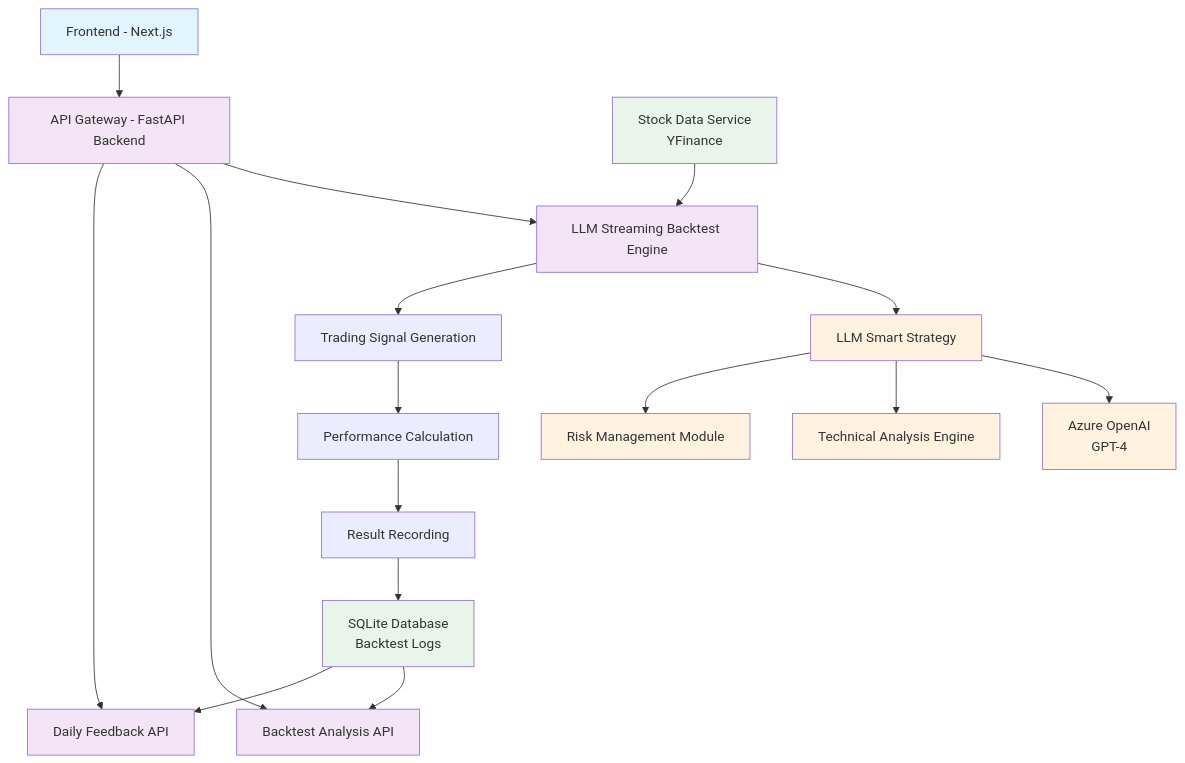
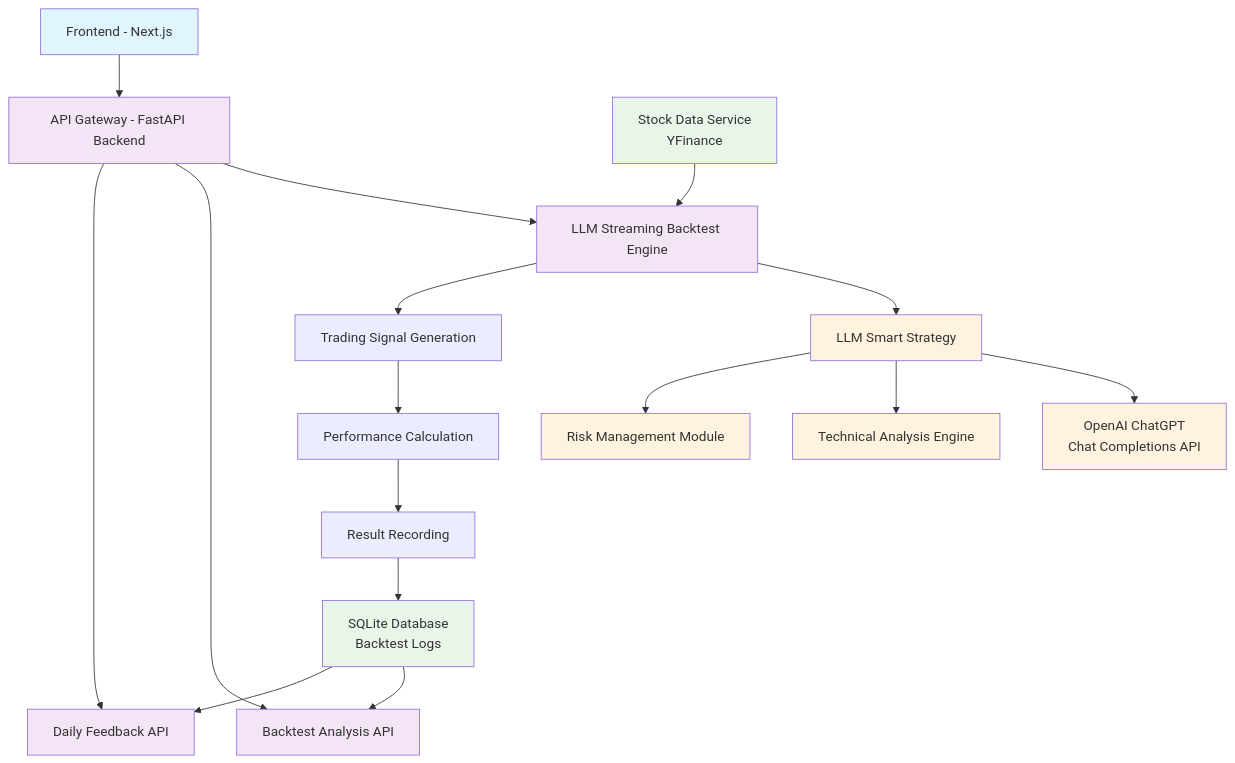
One commit to Chaoshiunwang/llm-agent-trader changed the diagram in README.md. Above: the diagram before and after it, drawn with Mermaid. The commit also changed other lines of this file and 5 other files, not shown here.

Commit message:
Use ChatGPT chat completions API

````diff
--- a/README.md
+++ b/README.md
@@ -7,38 +7,38 @@
 ```mermaid
 flowchart TD
     %% User Interface Layer
     A[Frontend - Next.js] --> B[API Gateway - FastAPI Backend]
     
     %% Main Function Modules
     B --> C[LLM Streaming Backtest Engine]
     B --> D[Backtest Analysis API]
     B --> E[Daily Feedback API]
     
     %% Data Layer
     F[Stock Data Service<br/>YFinance] --> C
     G[SQLite Database<br/>Backtest Logs] --> D
     G --> E
     
     %% LLM Strategy Engine
     C --> H[LLM Smart Strategy]
-    H --> I[Azure OpenAI<br/>GPT-4]
+    H --> I[OpenAI ChatGPT<br/>Chat Completions API]
     H --> J[Technical Analysis Engine]
     H --> K[Risk Management Module]
     
     %% Backtest Execution Flow
     C --> L[Trading Signal Generation]
     L --> M[Performance Calculation]
     M --> N[Result Recording]
     N --> G
     
     %% Style Definitions
     classDef frontend fill:#e1f5fe
     classDef backend fill:#f3e5f5
     classDef llm fill:#fff3e0
     classDef data fill:#e8f5e8
     
     class A frontend
     class B,C,D,E backend
     class H,I,J,K llm
     class F,G data
 ```
````
